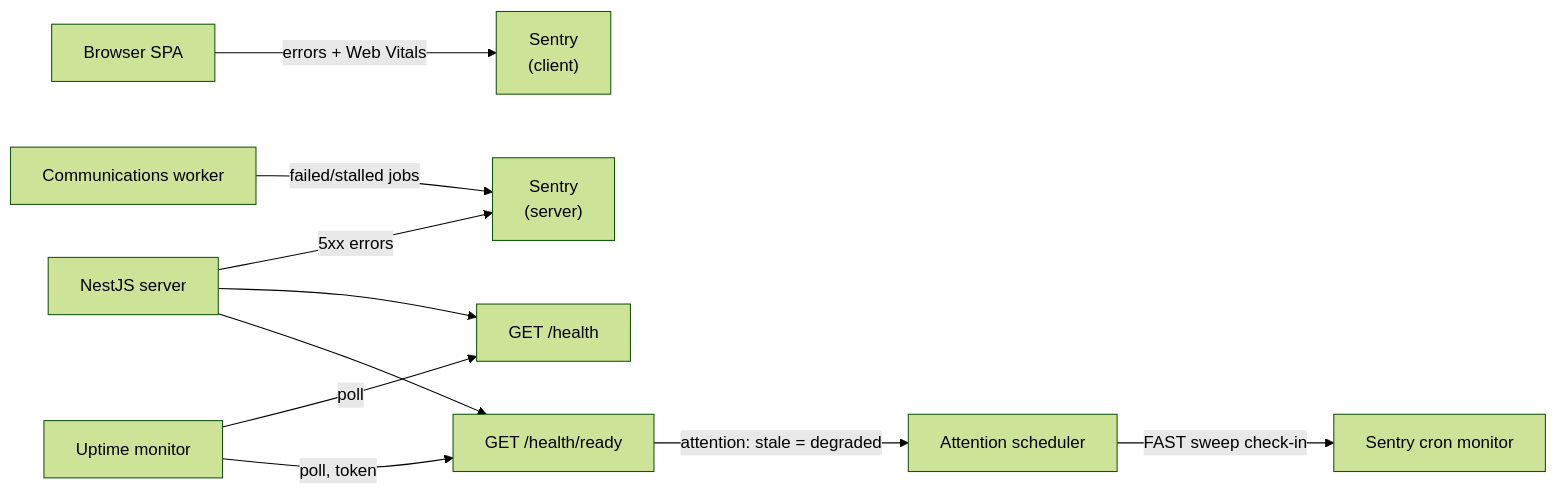
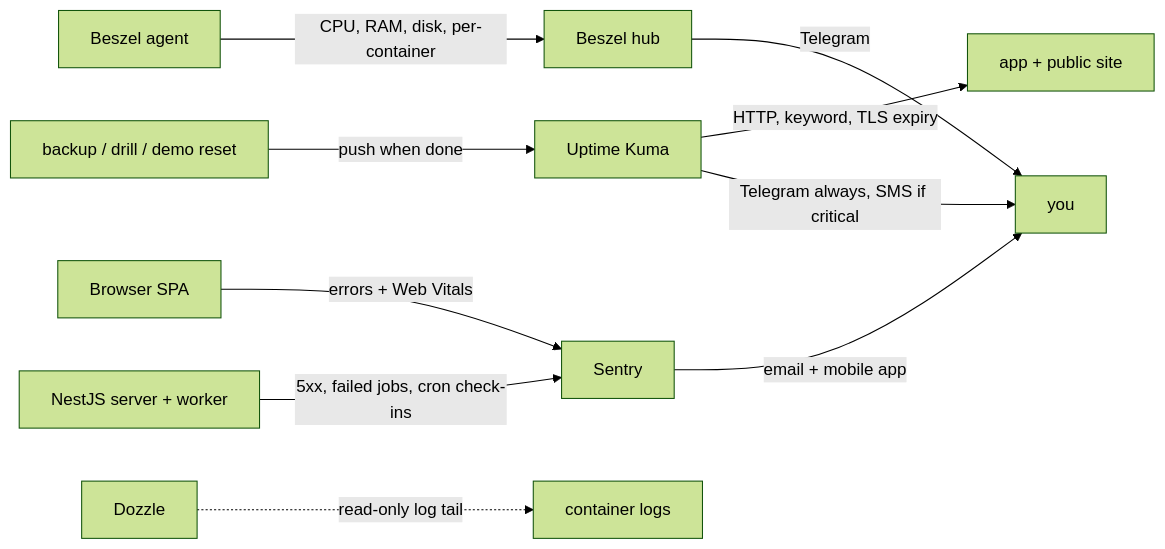
Before and after one commit to tareq89/biddaloy: the first of 10 diagrams in docs/architecture/12-operations.md, drawn with Mermaid (forest theme). The commit also changed other lines of this file and 6 other files, not shown here.

First line of the commit message:
feat(ops): Beszel, Uptime Kuma and Dozzle behind ops.<domain> (#1769)

````diff
--- a/docs/architecture/12-operations.md
+++ b/docs/architecture/12-operations.md
@@ -8,12 +13,12 @@
 ```mermaid
 flowchart LR
-    client["Browser SPA"] -->|errors + Web Vitals| sentryClient["Sentry\n(client)"]
-    server["NestJS server"] -->|5xx errors| sentryServer["Sentry\n(server)"]
-    worker["Communications worker"] -->|failed/stalled jobs| sentryServer
-    monitor["Uptime monitor"] -->|poll| liveness["GET /health"]
-    monitor -->|poll, token| readiness["GET /health/ready"]
-    server --> liveness
-    server --> readiness
-    attn["Attention scheduler"] -->|FAST sweep check-in| sentryCron["Sentry cron monitor"]
-    readiness -->|attention: stale = degraded| attn
+    client["Browser SPA"] -->|errors + Web Vitals| sentry["Sentry"]
+    server["NestJS server + worker"] -->|5xx, failed jobs, cron check-ins| sentry
+    kuma["Uptime Kuma"] -->|HTTP, keyword, TLS expiry| app["app + public site"]
+    jobs["backup / drill / demo reset"] -->|push when done| kuma
+    beszel["Beszel agent"] -->|CPU, RAM, disk, per-container| hub["Beszel hub"]
+    dozzle["Dozzle"] -.->|read-only log tail| logs["container logs"]
+    kuma -->|Telegram always, SMS if critical| oncall["you"]
+    hub -->|Telegram| oncall
+    sentry -->|email + mobile app| oncall
 ```
````
